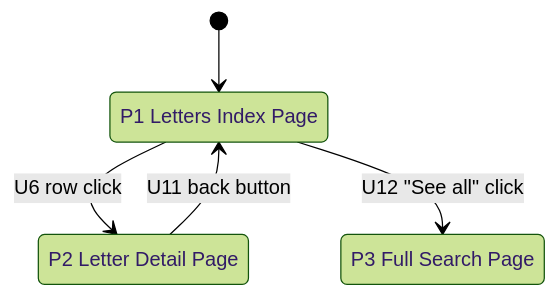
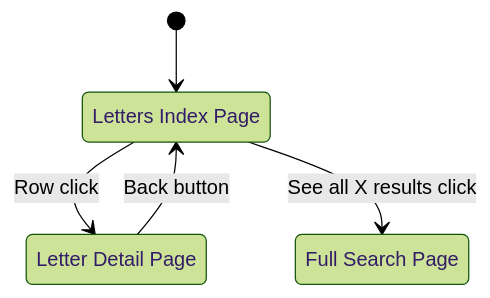
One commit to nosakhare/shaping-skills changed the third of 4 diagrams in breadboarding/EXAMPLES.md. Above: the diagram before and after it, drawn with Mermaid (forest theme). The commit also changed other lines of this file and 4 other files, not shown here.

````diff
--- a/breadboarding/EXAMPLES.md
+++ b/breadboarding/EXAMPLES.md
@@ -230,11 +230,11 @@
 ```mermaid
 stateDiagram-v2
-    [*] --> P1
-    P1: P1 Letters Index Page
-    P2: P2 Letter Detail Page
-    P3: P3 Full Search Page
+    [*] --> LettersIndex
+    LettersIndex: Letters Index Page
+    LetterDetail: Letter Detail Page
+    FullSearch: Full Search Page
 
-    P1 --> P2 : U6 row click
-    P2 --> P1 : U11 back button
-    P1 --> P3 : U12 "See all" click
+    LettersIndex --> LetterDetail : Row click
+    LetterDetail --> LettersIndex : Back button
+    LettersIndex --> FullSearch : See all X results click
 ```
````
